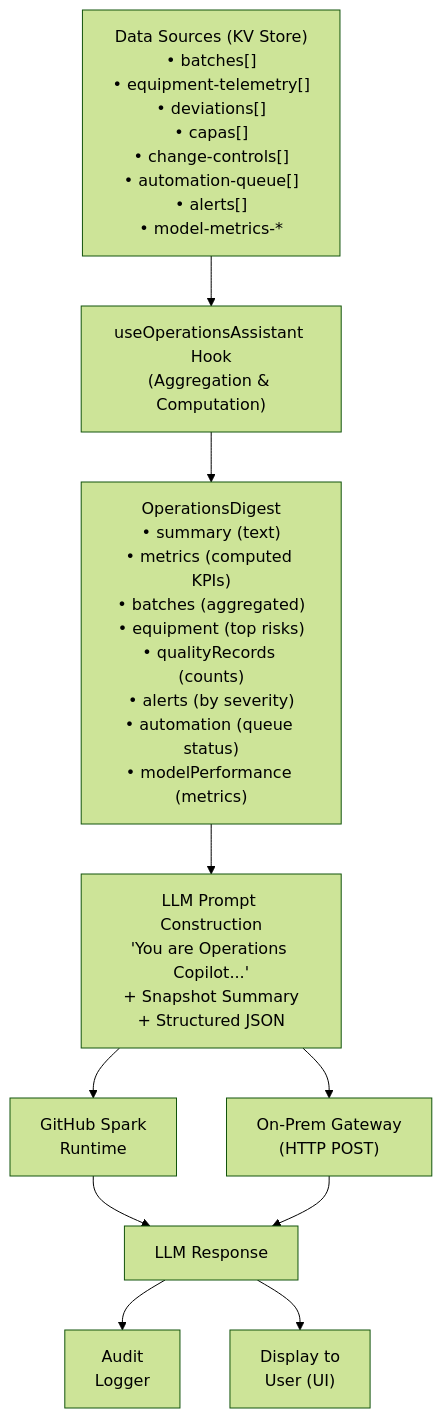
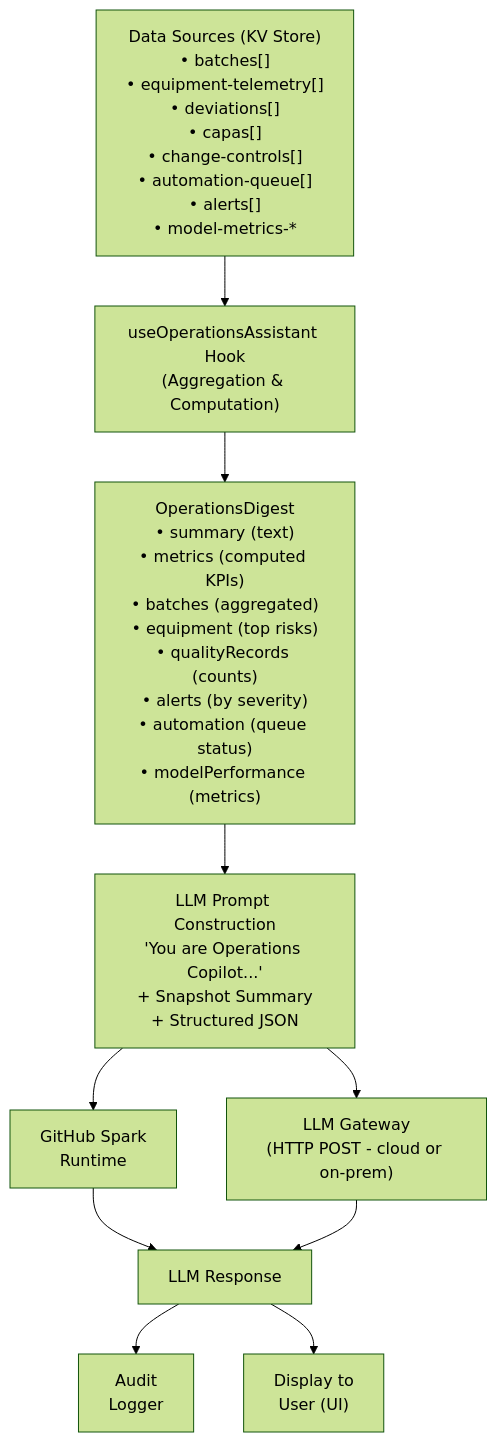
Before and after one commit to capnplanet/biopharmgmp-intellig: the second of 6 diagrams in README.md, drawn with Mermaid (forest theme). The commit also changed other lines of this file and 11 other files, not shown here.

Commit message:
docs: make LLM gateway cloud-first; rename examples to VITE_LLM_GATEWAY_*; add llmGatewayProvider; update diagrams and docs

````diff
--- a/README.md
+++ b/README.md
@@ -1149,28 +1150,28 @@
 ```mermaid
 graph TD
     DataSources["Data Sources (KV Store)<br/>• batches[]<br/>• equipment-telemetry[]<br/>• deviations[]<br/>• capas[]<br/>• change-controls[]<br/>• automation-queue[]<br/>• alerts[]<br/>• model-metrics-*"]
     
     Hook["useOperationsAssistant Hook<br/>(Aggregation & Computation)"]
     
     Digest["OperationsDigest<br/>• summary (text)<br/>• metrics (computed KPIs)<br/>• batches (aggregated)<br/>• equipment (top risks)<br/>• qualityRecords (counts)<br/>• alerts (by severity)<br/>• automation (queue status)<br/>• modelPerformance (metrics)"]
     
     PromptConstruct["LLM Prompt Construction<br/>'You are Operations Copilot...'<br/>+ Snapshot Summary<br/>+ Structured JSON"]
     
     Spark["GitHub Spark<br/>Runtime"]
-    OnPrem["On-Prem Gateway<br/>(HTTP POST)"]
+    OnPrem["LLM Gateway<br/>(HTTP POST - cloud or on-prem)"]
     
     Response["LLM Response"]
     
     Audit["Audit<br/>Logger"]
     Display["Display to<br/>User (UI)"]
     
     DataSources --> Hook
     Hook --> Digest
     Digest --> PromptConstruct
     PromptConstruct --> Spark
     PromptConstruct --> OnPrem
     Spark --> Response
     OnPrem --> Response
     Response --> Audit
     Response --> Display
 ```
````
